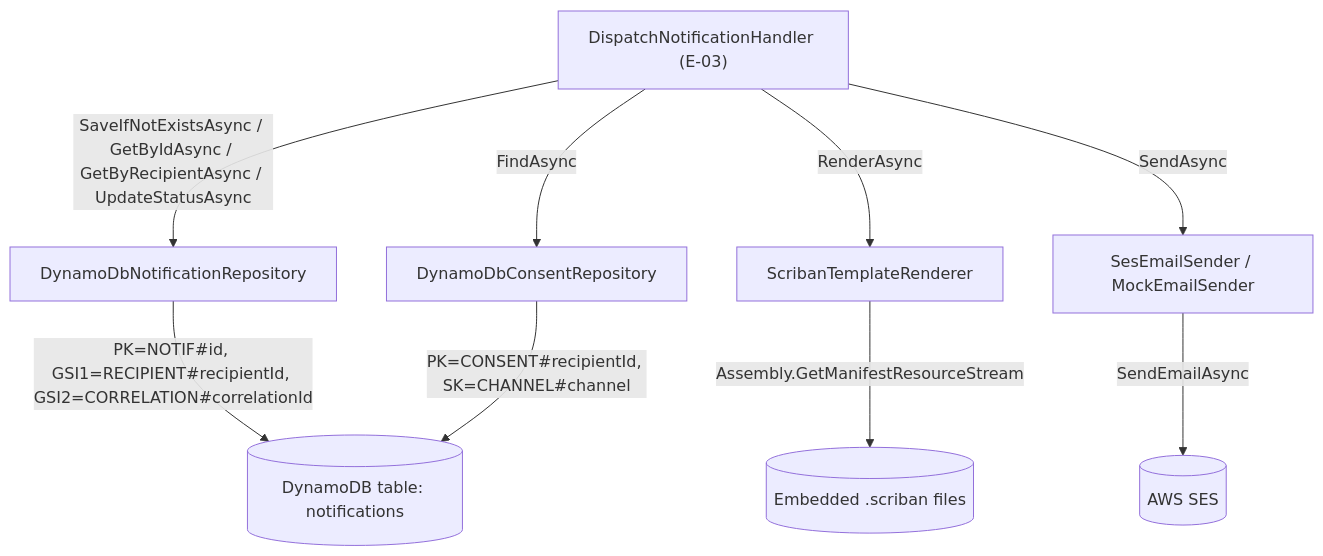
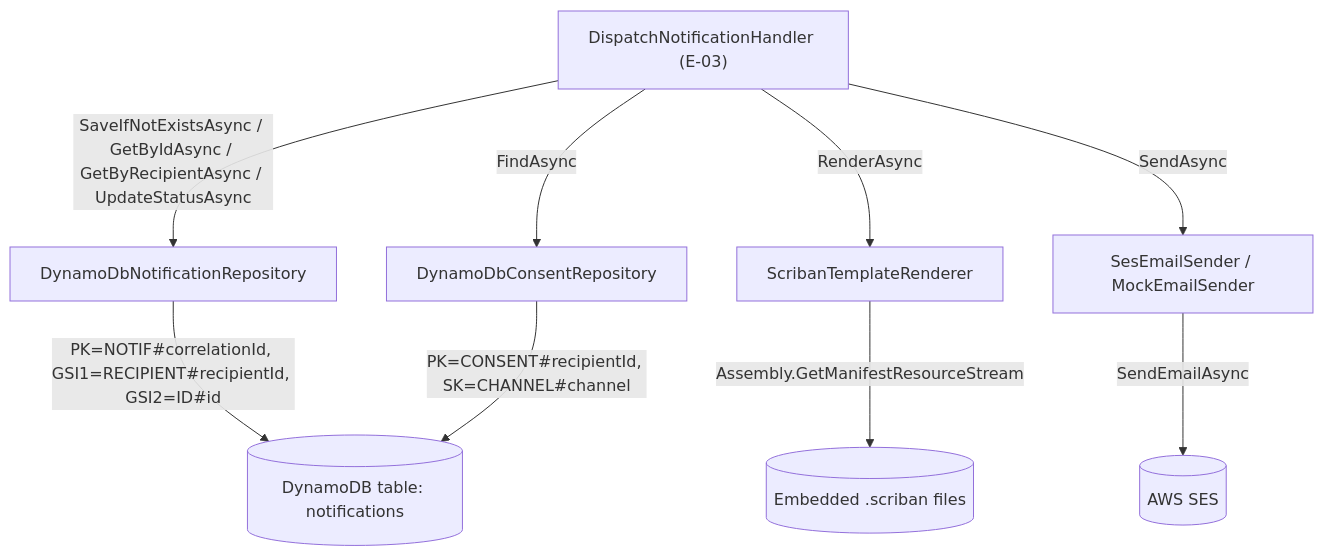
Before and after one commit to eugeniobandeira/rentifyx-communications-api: the diagram in .specs/features/e04-f07-ses-dynamodb/design.md, drawn with Mermaid. The commit also changed other lines of this file and 4 other files, not shown here.

````diff
--- a/.specs/features/e04-f07-ses-dynamodb/design.md
+++ b/.specs/features/e04-f07-ses-dynamodb/design.md
@@ -12,13 +12,13 @@
 ```mermaid
 graph TD
     H["DispatchNotificationHandler (E-03)"] -->|"SaveIfNotExistsAsync / GetByIdAsync / GetByRecipientAsync / UpdateStatusAsync"| REPO["DynamoDbNotificationRepository"]
     H -->|"FindAsync"| CONSENT["DynamoDbConsentRepository"]
     H -->|"RenderAsync"| RENDER["ScribanTemplateRenderer"]
     H -->|"SendAsync"| SEND["SesEmailSender / MockEmailSender"]
 
-    REPO -->|"PK=NOTIF#id, GSI1=RECIPIENT#recipientId, GSI2=CORRELATION#correlationId"| TABLE[("DynamoDB table: notifications")]
+    REPO -->|"PK=NOTIF#correlationId, GSI1=RECIPIENT#recipientId, GSI2=ID#id"| TABLE[("DynamoDB table: notifications")]
     CONSENT -->|"PK=CONSENT#recipientId, SK=CHANNEL#channel"| TABLE
 
     RENDER -->|"Assembly.GetManifestResourceStream"| TEMPLATES[("Embedded .scriban files")]
     SEND -->|"SendEmailAsync"| SES[("AWS SES")]
 ```
````
